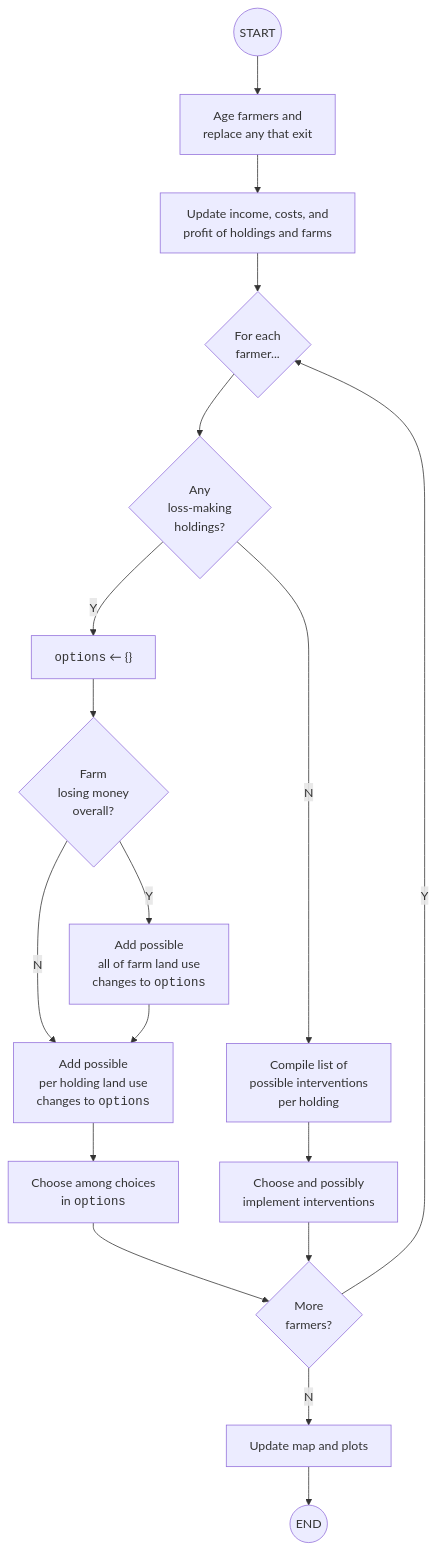
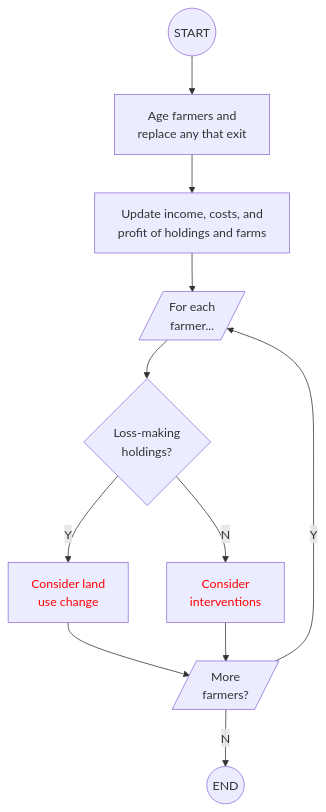
One commit to DOSull/moving-the-middle-abm changed the diagram in model-description/documents/03-farmer-decisions-general.qmd. Above: the diagram before and after it, drawn with Mermaid. The commit also changed other lines of this file and 25 other files, not shown here.

````diff
--- a/model-description/documents/03-farmer-decisions-general.qmd
+++ b/model-description/documents/03-farmer-decisions-general.qmd
@@ -34,35 +28,24 @@
 ```{mermaid}
 flowchart TB
   A((START))
   B[Age farmers and<br>replace any that exit]
   C[Update income, costs, and<br>profit of holdings and farms]
-  E{For each<br>farmer...}
-  F{Any<br>loss-making<br>holdings?}
-  G["<span style='font-family:monospace'>options</span> &larr; {}"]
-  H{Farm<br>losing money<br>overall?}
-  I[Add possible<br>all of farm land use<br>changes to <span style="font-family:monospace;">options</span>]
-  J[Add possible<br>per holding land use<br>changes to <span style="font-family:monospace;">options</span>]
-  K[Choose among choices<br>in  <span style="font-family:monospace;">options</span>]
-  L[Compile list of<br>possible interventions<br>per holding]
-  M[Choose and possibly<br>implement interventions]
-  N{More<br>farmers?}
-  T[Update map and plots]
+  E[/For each<br>farmer.../]
+  F{Loss-making<br>holdings?}
+  G[<span style='color:red;'>Consider land<br>use change</span>]
+  L[<span style='color:red;'>Consider<br>interventions</span>]
+  N[/More<br>farmers?/]
   Z((END))
   A --> B
   B --> C
   C --> E
   E --> F
   F -->|Y| G
   F -->|N| L
-  G --> H
-  H -->|Y| I
-  H -->|N| J
-  I --> J
-  J --> K
-  K --> N
-  L --> M
-  M --> N
+  G --> N
+  L --> N
   N -->|Y| E
-  N -->|N| T
-  T --> Z
+  N -->|N| Z
+  click G "04-farmer-decisions-land-use.html" "Click for details"
+  click L "05-farmer-decisions-interventions.html" "Click for details"
 ```
````
